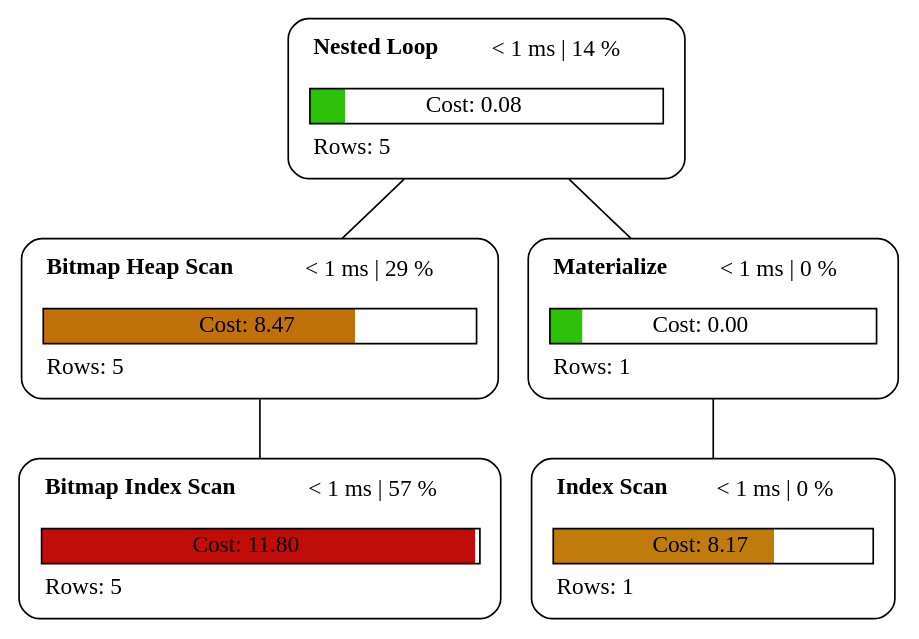
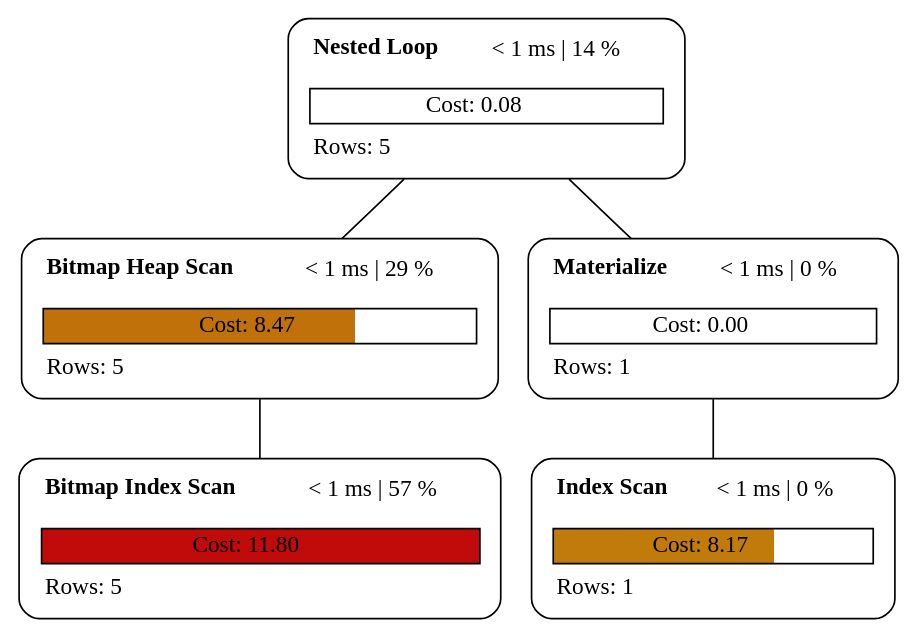
One commit to sanpii/explain changed the diagram in examples/plan_1.dot. Above: the diagram before and after it, drawn with Graphviz. The commit also changed 16 other files, not shown here.

```diff
--- a/examples/plan_1.dot
+++ b/examples/plan_1.dot
@@ -1,11 +1,11 @@
 graph explain {
-    node0[label=<<table border="0" cellborder="0" cellspacing="5"><tr><td align="left"><b>Nested Loop</b></td><td>&lt; 1 ms | 14 %</td></tr><tr><td colspan="2" align="left"></td></tr><tr><td colspan="2" border="1" bgcolor="#2ec10a;0.10:white">Cost: 0.08</td></tr><tr><td colspan="2" align="left">Rows: 5</td></tr></table>>][style="rounded"][shape="box"];
+    node0[label=<<table border="0" cellborder="0" cellspacing="5"><tr><td align="left"><b>Nested Loop</b></td><td>&lt; 1 ms | 14 %</td></tr><tr><td colspan="2" align="left"></td></tr><tr><td colspan="2" border="1" >Cost: 0.08</td></tr><tr><td colspan="2" align="left">Rows: 5</td></tr></table>>][style="rounded"][shape="box"];
     node1[label=<<table border="0" cellborder="0" cellspacing="5"><tr><td align="left"><b>Bitmap Heap Scan</b></td><td>&lt; 1 ms | 29 %</td></tr><tr><td colspan="2" align="left"></td></tr><tr><td colspan="2" border="1" bgcolor="#c1710a;0.72:white">Cost: 8.47</td></tr><tr><td colspan="2" align="left">Rows: 5</td></tr></table>>][style="rounded"][shape="box"];
-    node2[label=<<table border="0" cellborder="0" cellspacing="5"><tr><td align="left"><b>Bitmap Index Scan</b></td><td>&lt; 1 ms | 57 %</td></tr><tr><td colspan="2" align="left"></td></tr><tr><td colspan="2" border="1" bgcolor="#c10d0a;0.99:white">Cost: 11.80</td></tr><tr><td colspan="2" align="left">Rows: 5</td></tr></table>>][style="rounded"][shape="box"];
-    node3[label=<<table border="0" cellborder="0" cellspacing="5"><tr><td align="left"><b>Materialize</b></td><td>&lt; 1 ms | 0 %</td></tr><tr><td colspan="2" align="left"></td></tr><tr><td colspan="2" border="1" bgcolor="#2ec10a;0.10:white">Cost: 0.00</td></tr><tr><td colspan="2" align="left">Rows: 1</td></tr></table>>][style="rounded"][shape="box"];
+    node2[label=<<table border="0" cellborder="0" cellspacing="5"><tr><td align="left"><b>Bitmap Index Scan</b></td><td>&lt; 1 ms | 57 %</td></tr><tr><td colspan="2" align="left"></td></tr><tr><td colspan="2" border="1" bgcolor="#c10a0a">Cost: 11.80</td></tr><tr><td colspan="2" align="left">Rows: 5</td></tr></table>>][style="rounded"][shape="box"];
+    node3[label=<<table border="0" cellborder="0" cellspacing="5"><tr><td align="left"><b>Materialize</b></td><td>&lt; 1 ms | 0 %</td></tr><tr><td colspan="2" align="left"></td></tr><tr><td colspan="2" border="1" >Cost: 0.00</td></tr><tr><td colspan="2" align="left">Rows: 1</td></tr></table>>][style="rounded"][shape="box"];
     node4[label=<<table border="0" cellborder="0" cellspacing="5"><tr><td align="left"><b>Index Scan</b></td><td>&lt; 1 ms | 0 %</td></tr><tr><td colspan="2" align="left"></td></tr><tr><td colspan="2" border="1" bgcolor="#c17b0a;0.69:white">Cost: 8.17</td></tr><tr><td colspan="2" align="left">Rows: 1</td></tr></table>>][style="rounded"][shape="box"];
     node0 -- node1[label=""];
     node1 -- node2[label=""];
     node0 -- node3[label=""];
     node3 -- node4[label=""];
 }
```
